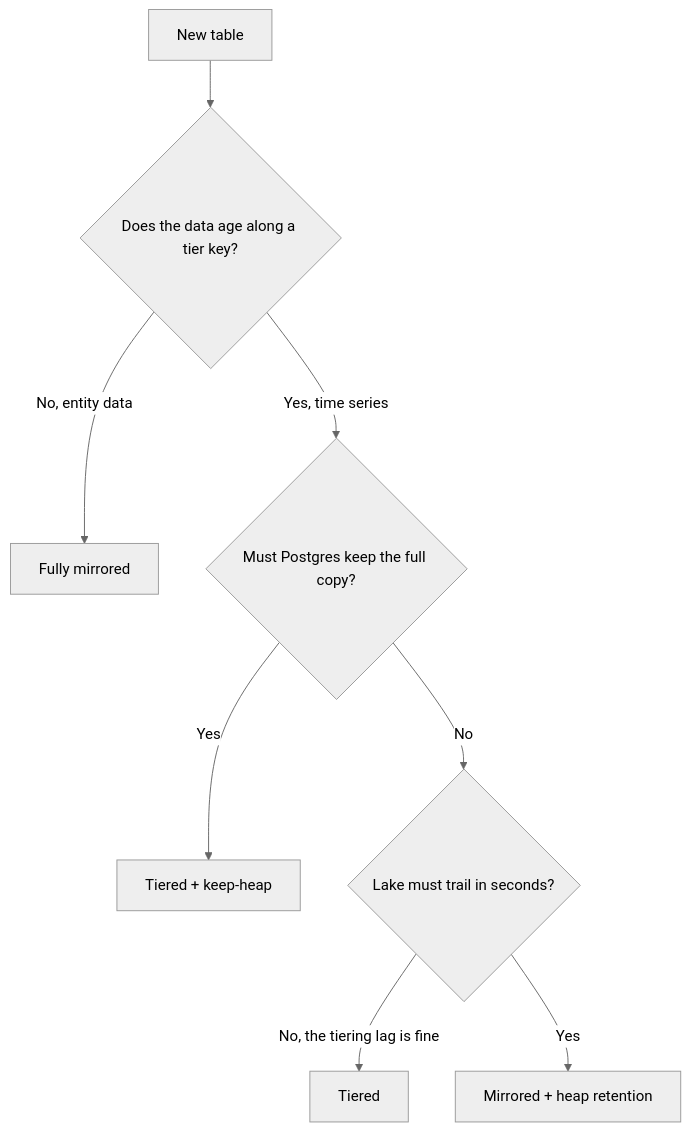
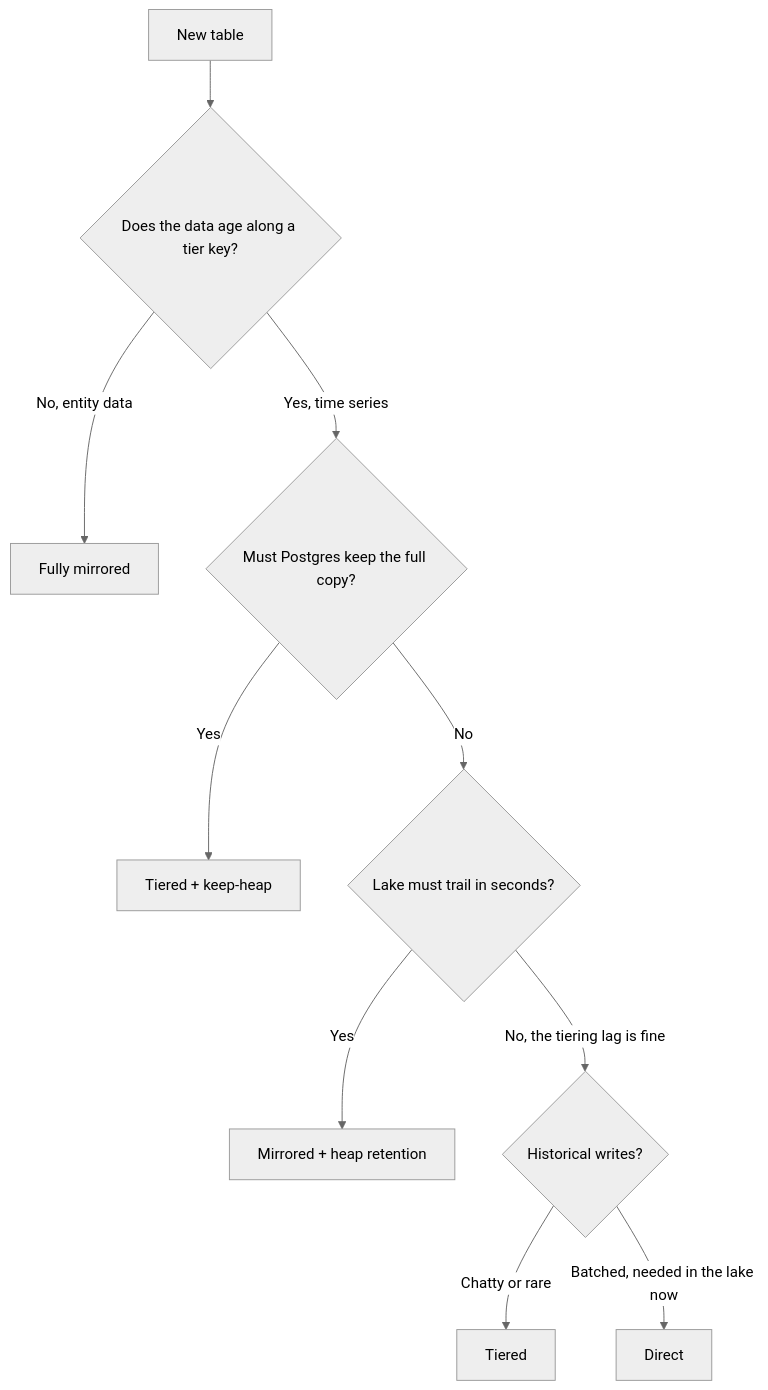
Before and after one commit to addu390/modak: the diagram in docs/modes/choosing.md, drawn with Mermaid (neutral theme). The commit also changed other lines of this file and 80 other files, not shown here.

Commit message:
[Core] Introduce Mode Table Read and Cold and ship direct mode lake writes

````diff
--- a/docs/modes/choosing.md
+++ b/docs/modes/choosing.md
@@ -25,10 +31,12 @@
 ```mermaid
 flowchart TD
     startNode["New table"] --> aging{"Does the data age along a tier key?"}
     aging -->|"No, entity data"| mirrored["Fully mirrored"]
     aging -->|"Yes, time series"| keep{"Must Postgres keep the full copy?"}
     keep -->|"Yes"| keepheap["Tiered + keep-heap"]
     keep -->|"No"| window{"Lake must trail in seconds?"}
-    window -->|"No, the tiering lag is fine"| tiered["Tiered"]
     window -->|"Yes"| retention["Mirrored + heap retention"]
+    window -->|"No, the tiering lag is fine"| cold{"Historical writes?"}
+    cold -->|"Chatty or rare"| tiered["Tiered"]
+    cold -->|"Batched, needed in the lake now"| direct["Direct"]
 ```
````
